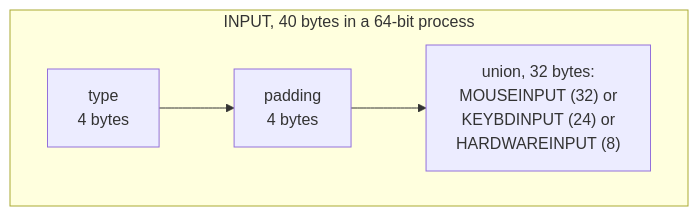
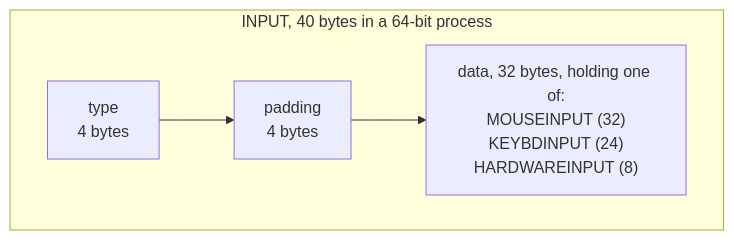
One commit to thomaswening/doubting-thomas changed the first of 2 diagrams in topics/windows/sendinput.md. Above: the diagram before and after it, drawn with Mermaid. The commit also changed other lines of this file and 4 other files, not shown here.

````diff
--- a/topics/windows/sendinput.md
+++ b/topics/windows/sendinput.md
@@ -65,7 +54,7 @@
 ```mermaid
 flowchart LR
     subgraph input["INPUT, 40 bytes in a 64-bit process"]
         direction LR
-        t["type<br/>4 bytes"] --> pad["padding<br/>4 bytes"] --> u["union, 32 bytes:<br/>MOUSEINPUT (32) or<br/>KEYBDINPUT (24) or<br/>HARDWAREINPUT (8)"]
+        t["type<br/>4 bytes"] --> pad["padding<br/>4 bytes"] --> u["data, 32 bytes, holding one of:<br/>MOUSEINPUT (32)<br/>KEYBDINPUT (24)<br/>HARDWAREINPUT (8)"]
     end
 ```
````
